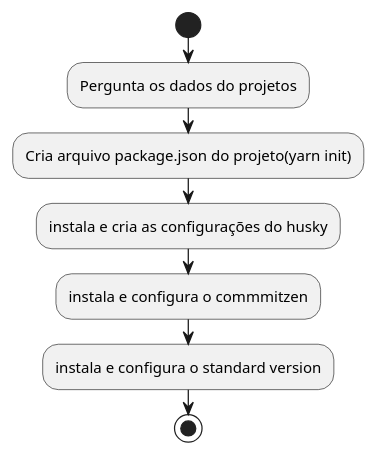
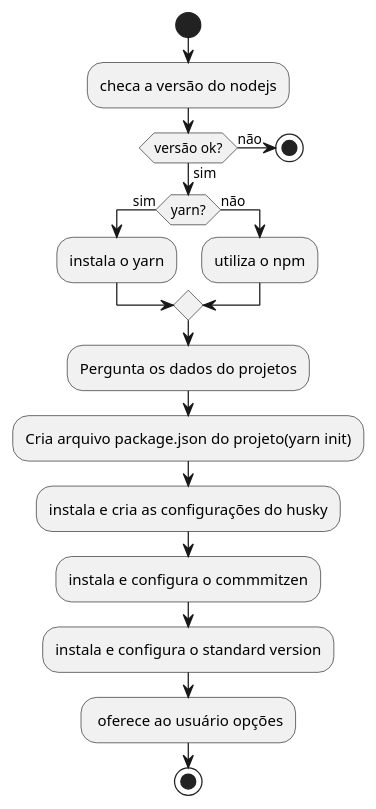
The diagram in docs/backlog/01 - Sprint 01.md (projetos-de-software/organizer), drawn with PlantUML before and after one commit. The commit also changed other lines of this file and 6 other files, not shown here.

````diff
--- a/docs/backlog/01 - Sprint 01.md
+++ b/docs/backlog/01 - Sprint 01.md
@@ -25,11 +25,27 @@
 ```plantuml
 @startuml
 start
-:Pergunta os dados do projetos; 
-:Cria arquivo package.json do projeto(yarn init); 
-:instala e cria as configurações do husky;
-:instala e configura o commmitzen; 
-:instala e configura o standard version;
+:checa a versão do nodejs;
+if (versão ok?) then (sim)
+  if (yarn?) then (sim)
+    :instala o yarn;
+  else (não)
+    :utiliza o npm; 
+  endif
+
+  :Pergunta os dados do projetos; 
+  :Cria arquivo package.json do projeto(yarn init); 
+  :instala e cria as configurações do husky;
+  :instala e configura o commmitzen; 
+  :instala e configura o standard version;
+
+else (não)
+stop
+endif
+
+: oferece ao usuário opções;
+
+
 stop
 @enduml
 ```
````
